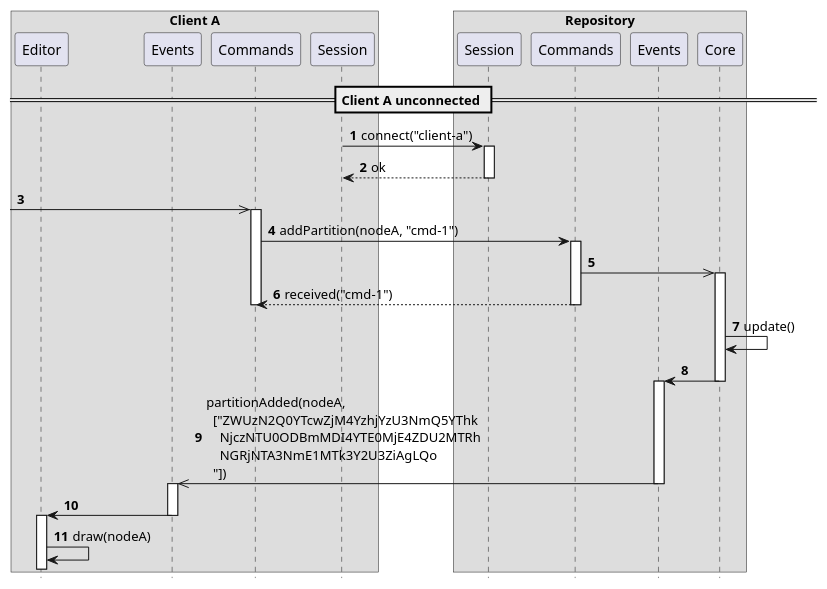
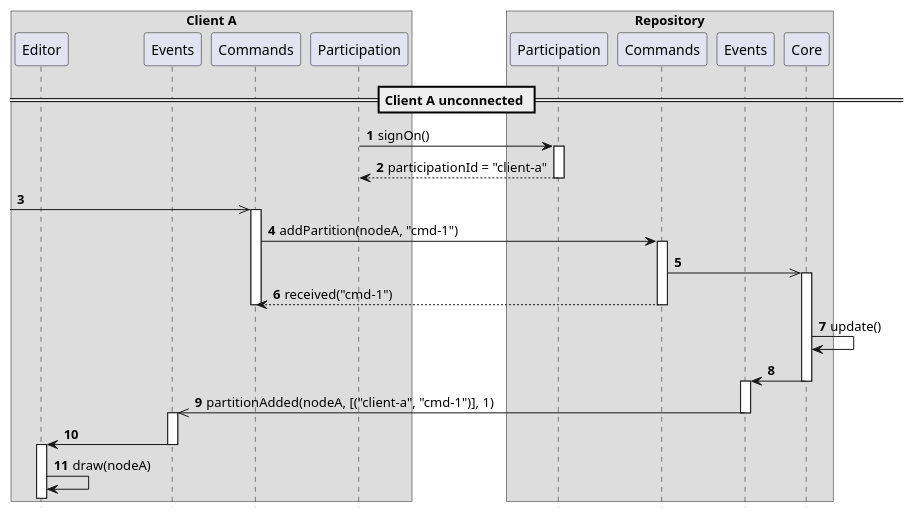
One commit to LionWeb-io/specification changed the diagram in delta/scenarios/virginRepo.adoc. Above: the diagram before and after it, drawn with PlantUML. The commit also changed other lines of this file and 20 other files, not shown here.

```diff
--- a/delta/scenarios/virginRepo.adoc
+++ b/delta/scenarios/virginRepo.adoc
@@ -2,50 +3,50 @@
 [plantuml,virginRepo,svg]
 ----
 hide footbox
 autonumber
 
 box "Client A"
   participant Editor as editor
 '  participant Queries as cQry
   participant Events as clientEvent
   participant Commands as clientCmd
-  participant Session as clientSession
+  participant Participation as clientParticipation
 end box
 
 box "Repository"
-  participant Session as repoSession
+  participant Participation as repoParticipation
   participant Commands as repoCmd
 '  participant Queries  as rQry
   participant Events as repoEvent
   participant Core as core
 end box
 
 == Client A unconnected ==
 
-clientSession -> repoSession ++: connect("client-a")
-return ok
+clientParticipation -> repoParticipation ++: signOn()
+return participationId = "client-a"
 
 [->> clientCmd ++
 clientCmd -> repoCmd ++: addPartition(nodeA, "cmd-1")
 repoCmd ->> core
 activate core
 clientCmd <-- repoCmd: received("cmd-1")
 deactivate clientCmd
 deactivate repoCmd
 
 core -> core: update()
 
 core -> repoEvent
 deactivate core
 
 activate repoEvent
-clientEvent <<- repoEvent: partitionAdded(nodeA,\n  ["ZWUzN2Q0YTcwZjM4YzhjYzU3NmQ5YThk\n    NjczNTU0ODBmMDI4YTE0MjE4ZDU2MTRh\n    NGRjNTA3NmE1MTk3Y2U3ZiAgLQo\n  "])
+clientEvent <<- repoEvent: partitionAdded(nodeA, [("client-a", "cmd-1")], 1)
 deactivate repoEvent
 
 activate clientEvent
 clientEvent -> editor
 deactivate clientEvent
 
 activate editor
 editor -> editor: draw(nodeA)
 ----
```
